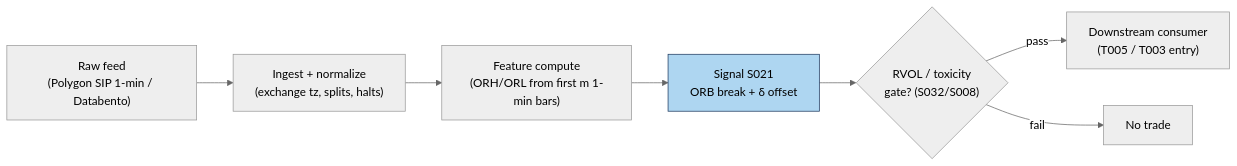
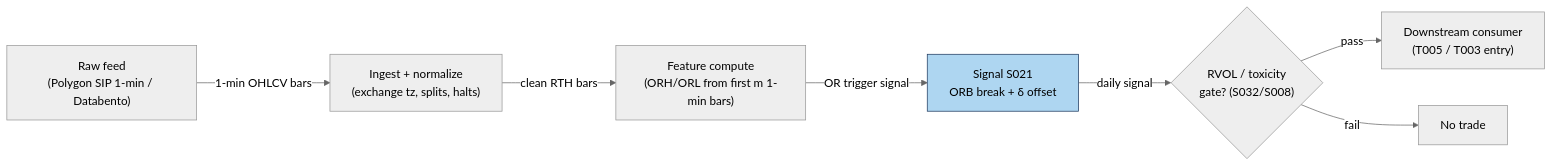
The diagram in batches/SB2/S021.md (praveenguptahcl/quant-signals-deep), drawn with Mermaid (neutral theme) before and after one commit. The commit also changed other lines of this file and 22 other files, not shown here.

````diff
--- a/batches/SB2/S021.md
+++ b/batches/SB2/S021.md
@@ -174,10 +175,10 @@
 ```mermaid
 flowchart LR
-    FEED["Raw feed\n(Polygon SIP 1-min / Databento)"] --> ING["Ingest + normalize\n(exchange tz, splits, halts)"]
-    ING --> FEAT["Feature compute\n(ORH/ORL from first m 1-min bars)"]
-    FEAT --> SIG["Signal S021\nORB break + δ offset"]
-    SIG --> GATE{"RVOL / toxicity\ngate? (S032/S008)"}
+    FEED["Raw feed\n(Polygon SIP 1-min / Databento)"] -->|"1-min OHLCV bars"| ING["Ingest + normalize\n(exchange tz, splits, halts)"]
+    ING -->|"clean RTH bars"| FEAT["Feature compute\n(ORH/ORL from first m 1-min bars)"]
+    FEAT -->|"OR trigger signal"| SIG["Signal S021\nORB break + δ offset"]
+    SIG -->|"daily signal"| GATE{"RVOL / toxicity\ngate? (S032/S008)"}
     GATE -->|pass| OUT["Downstream consumer\n(T005 / T003 entry)"]
     GATE -->|fail| DROP["No trade"]
     style SIG fill:#aed6f1,stroke:#1f3a5f
 ```
````
